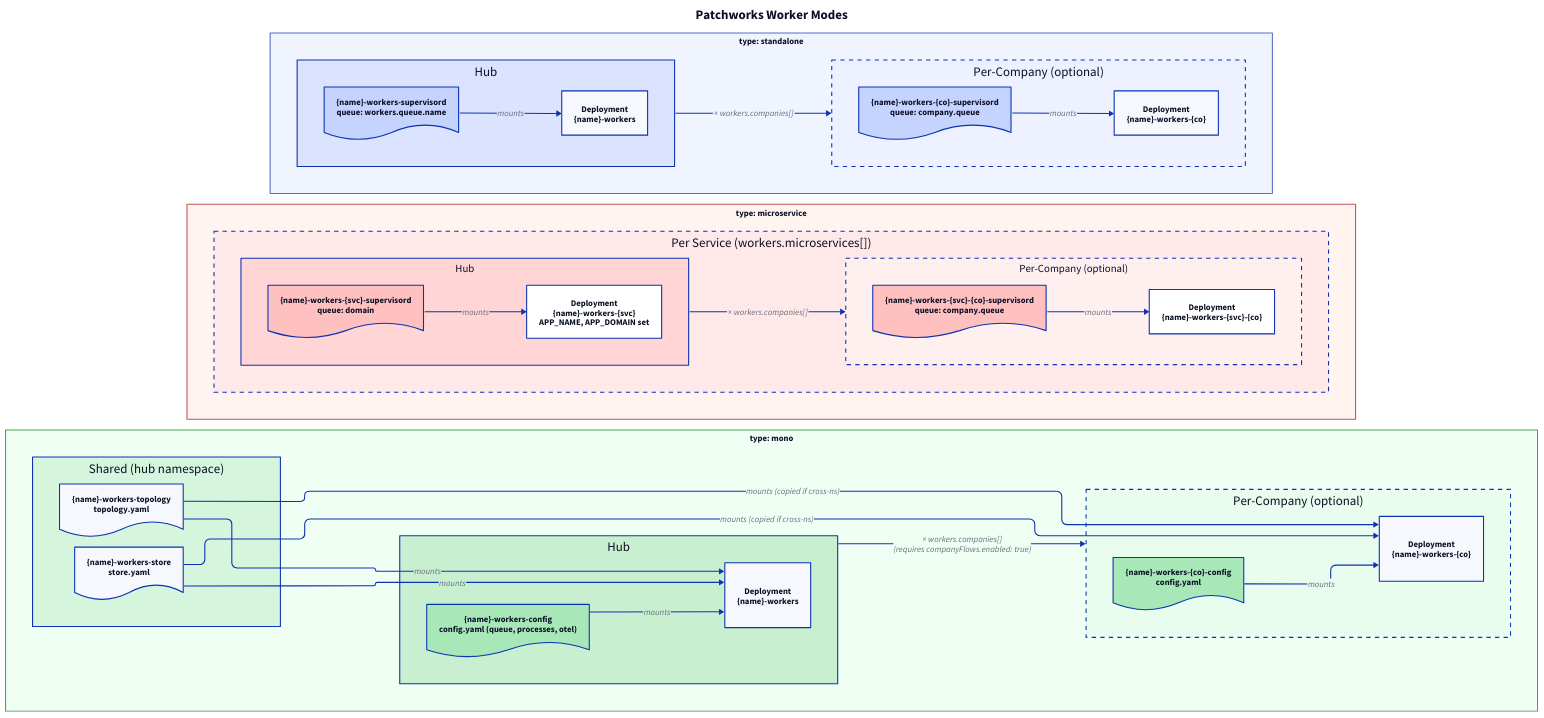
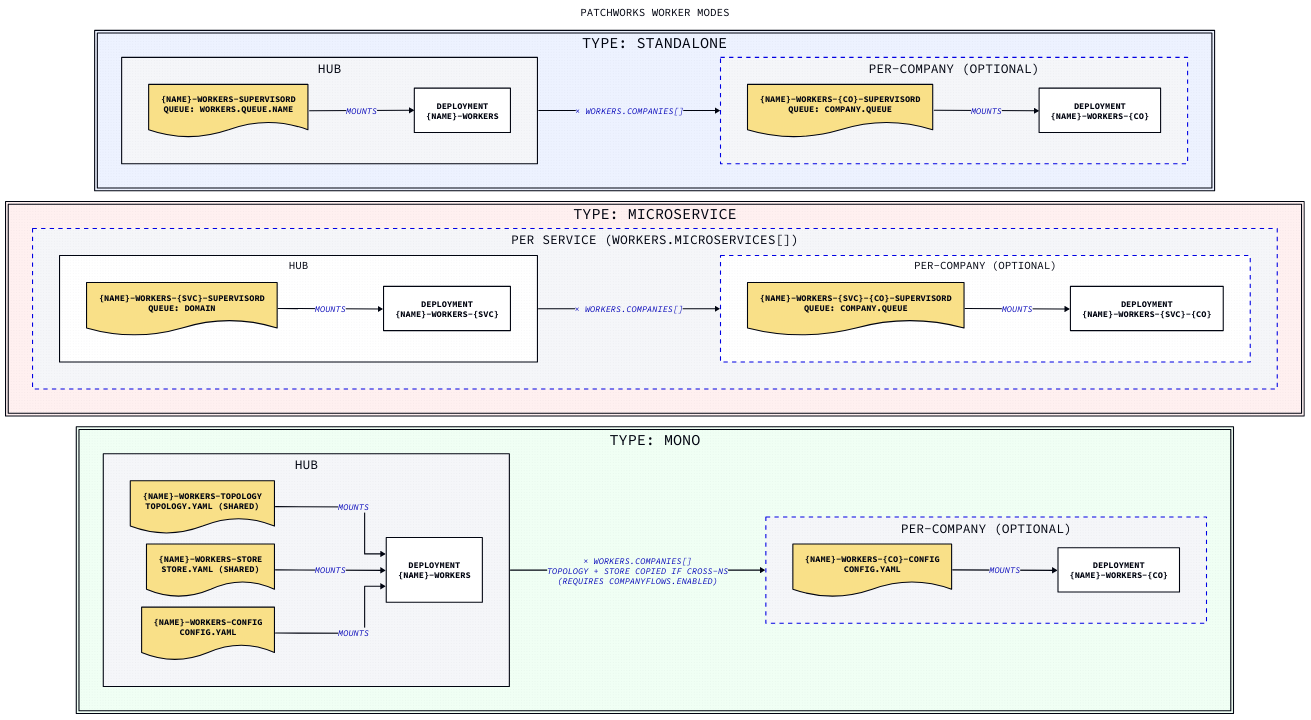
The diagram in docs/workers-diagram.d2 (gopatchworks/selfhosted), drawn with D2 before and after one commit. The commit also changed 11 other files, not shown here.

Commit message:
update diagrams and docs

```diff
--- a/docs/workers-diagram.d2
+++ b/docs/workers-diagram.d2
@@ -1,151 +1,108 @@
 vars: {
   d2-config: {
     layout-engine: elk
+    # Terminal theme code
+    theme-id: 300
   }
 }
 
 direction: right
 
 title: Patchworks Worker Modes {
   shape: text
   near: top-center
-  style: {
-    font-size: 24
-    bold: true
-  }
+  style.font-size: 20
 }
 
 # ── type: standalone ────────────────────────────────────────────────────────
 
 standalone: "type: standalone" {
-  style: {
-    fill: "#f0f4ff"
-    stroke: "#5470c6"
-    stroke-width: 2
-    font-size: 16
-    bold: true
-  }
+  style.fill: "#EDF2FF"
+  direction: down
 
-  desc: "One queue worker via supervisord.\nProcesses driven by workers.processes (numprocs)." {
+  desc: "One queue worker via supervisord.\nConcurrency controlled by workers.processes (numprocs)." {
     shape: text
   }
 
   hub: Hub {
-    style.fill: "#dce3ff"
-    cm: "{name}-workers-supervisord\nqueue: workers.queue.name" {
-      shape: document
-      style.fill: "#c5d3ff"
-    }
+    direction: right
+    cm: "{name}-workers-supervisord\nqueue: workers.queue.name" { shape: document }
     dep: "Deployment\n{name}-workers" { shape: rectangle }
     cm -> dep: mounts
   }
 
   company: "Per-Company (optional)" {
-    style.fill: "#eef1ff"
     style.stroke-dash: 4
-    cm: "{name}-workers-{co}-supervisord\nqueue: company.queue" {
-      shape: document
-      style.fill: "#c5d3ff"
-    }
+    direction: right
+    cm: "{name}-workers-{co}-supervisord\nqueue: company.queue" { shape: document }
     dep: "Deployment\n{name}-workers-{co}" { shape: rectangle }
     cm -> dep: mounts
   }
 
   hub -> company: "× workers.companies[]"
 }
 
 # ── type: microservice ───────────────────────────────────────────────────────
 
 microservice: "type: microservice" {
-  style: {
-    fill: "#fff4f0"
-    stroke: "#c65454"
-    stroke-width: 2
-    font-size: 16
-    bold: true
-  }
+  style.fill: "#FFF0F0"
+  direction: down
 
-  desc: "One queue worker per service key.\nEach service can override processes, replicas, namespace.\n_default provides fallbacks for all service fields." {
+  desc: "One worker per service key in workers.microservices.\n_default provides fallbacks for all fields." {
     shape: text
   }
 
   service: "Per Service (workers.microservices[])" {
-    style: {
-      fill: "#ffe8e8"
-      stroke-dash: 4
-    }
+    style.stroke-dash: 4
+    direction: down
 
     hub: Hub {
-      style.fill: "#ffd5d5"
-      cm: "{name}-workers-{svc}-supervisord\nqueue: domain" {
-        shape: document
-        style.fill: "#ffc0c0"
-      }
-      dep: "Deployment\n{name}-workers-{svc}\nAPP_NAME, APP_DOMAIN set" { shape: rectangle }
+      direction: right
+      cm: "{name}-workers-{svc}-supervisord\nqueue: domain" { shape: document }
+      dep: "Deployment\n{name}-workers-{svc}" { shape: rectangle }
       cm -> dep: mounts
     }
 
     company: "Per-Company (optional)" {
-      style.fill: "#fff0f0"
       style.stroke-dash: 4
-      cm: "{name}-workers-{svc}-{co}-supervisord\nqueue: company.queue" {
-        shape: document
-        style.fill: "#ffc0c0"
-      }
+      direction: right
+      cm: "{name}-workers-{svc}-{co}-supervisord\nqueue: company.queue" { shape: document }
       dep: "Deployment\n{name}-workers-{svc}-{co}" { shape: rectangle }
       cm -> dep: mounts
     }
 
     hub -> company: "× workers.companies[]"
   }
 }
 
 # ── type: mono ───────────────────────────────────────────────────────────────
 
 mono: "type: mono" {
-  style: {
-    fill: "#f0fff4"
-    stroke: "#4aa54a"
-    stroke-width: 2
-    font-size: 16
-    bold: true
-  }
+  style.fill: "#F0FFF4"
+  direction: down
 
-  desc: "Monocore Go worker. Topology asserted at startup.\nRabbitMQ queues/bindings are automated via topology.yaml." {
+  desc: "Monocore Go worker. RabbitMQ topology asserted at startup via topology.yaml." {
     shape: text
   }
 
-  shared: "Shared (hub namespace)" {
-    style.fill: "#d5f5dc"
-    topology: "{name}-workers-topology\ntopology.yaml" { shape: document }
-    store: "{name}-workers-store\nstore.yaml" { shape: document }
+  hub: Hub {
+    direction: right
+    topology: "{name}-workers-topology\ntopology.yaml (shared)" { shape: document }
+    store:    "{name}-workers-store\nstore.yaml (shared)"       { shape: document }
+    config:   "{name}-workers-config\nconfig.yaml"              { shape: document }
+    dep:      "Deployment\n{name}-workers"                      { shape: rectangle }
+    topology -> dep: mounts
+    store    -> dep: mounts
+    config   -> dep: mounts
   }
 
-  hub: Hub {
-    style.fill: "#c8f0d0"
-    config: "{name}-workers-config\nconfig.yaml (queue, processes, otel)" {
-      shape: document
-      style.fill: "#a8e8b8"
-    }
-    dep: "Deployment\n{name}-workers" { shape: rectangle }
+  company: "Per-Company (optional)" {
+    style.stroke-dash: 4
+    direction: right
+    config: "{name}-workers-{co}-config\nconfig.yaml"           { shape: document }
+    dep:    "Deployment\n{name}-workers-{co}"                   { shape: rectangle }
     config -> dep: mounts
   }
 
-  company: "Per-Company (optional)" {
-    style.fill: "#e8fded"
-    style.stroke-dash: 4
-    config: "{name}-workers-{co}-config\nconfig.yaml" {
-      shape: document
-      style.fill: "#a8e8b8"
-    }
-    dep: "Deployment\n{name}-workers-{co}" { shape: rectangle }
-    config -> dep: mounts
-  }
-
-  shared.topology -> hub.dep: mounts
-  shared.store -> hub.dep: mounts
-  shared.topology -> company.dep: mounts (copied if cross-ns)
-  shared.store -> company.dep: mounts (copied if cross-ns)
-
-  hub -> company: "× workers.companies[]\n(requires companyFlows.enabled: true)"
+  hub -> company: "× workers.companies[]\ntopology + store copied if cross-ns\n(requires companyFlows.enabled)"
 }
```
